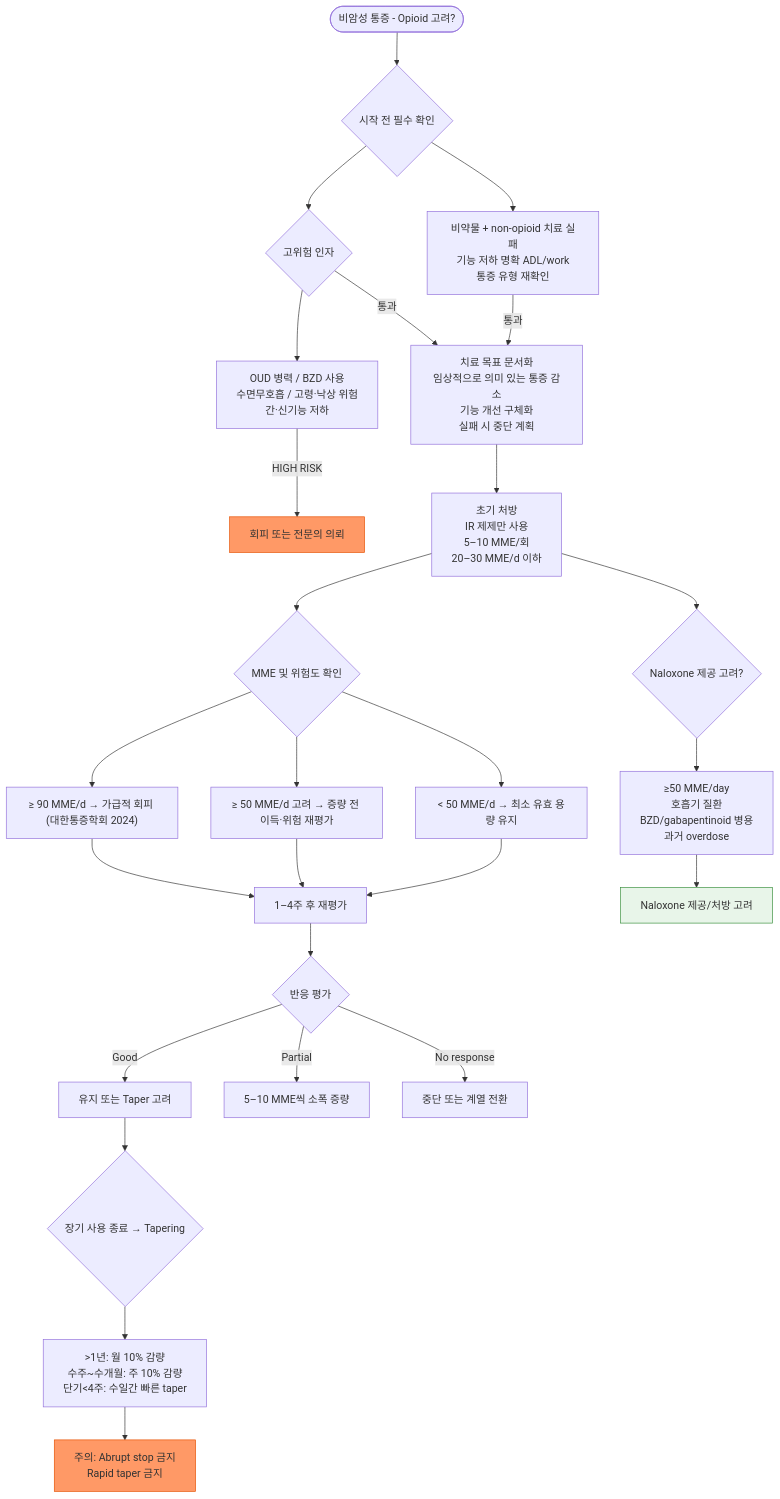
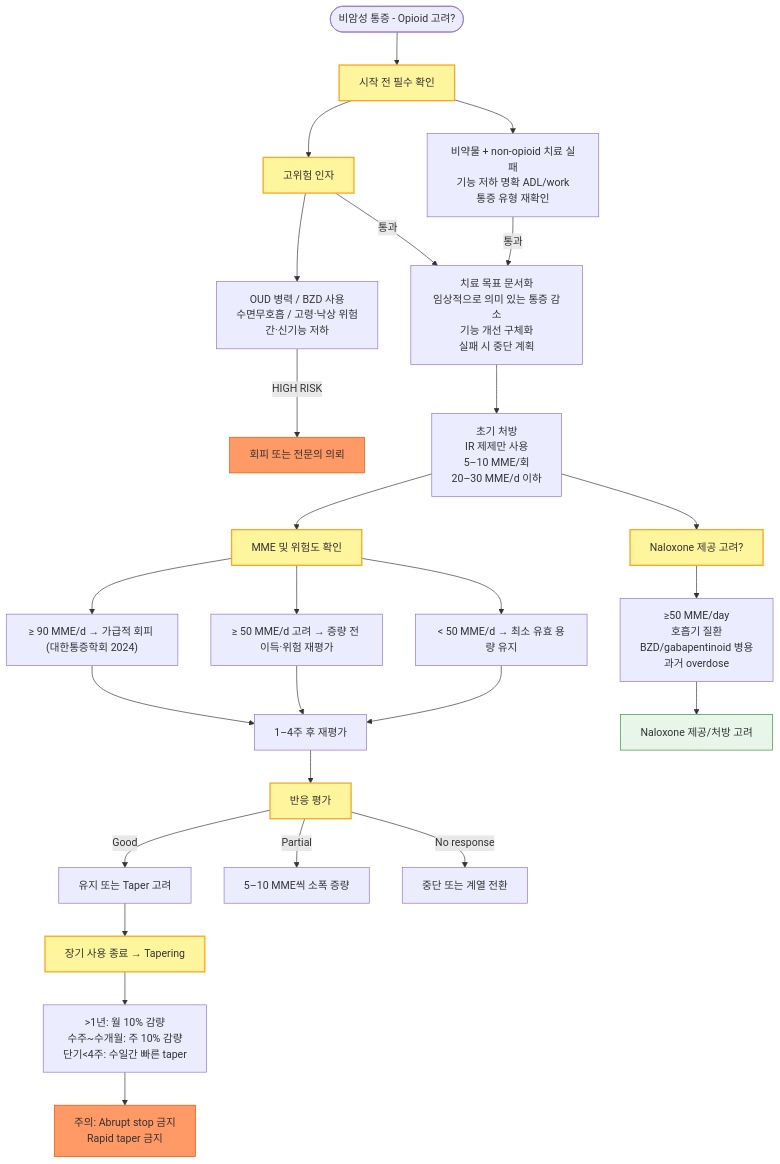
Before and after one commit to familyoh77/familyoh77: the second of 2 diagrams in 220_/001_-pain.md, drawn with Mermaid. The commit also changed other lines of this file, not shown here.

````diff
--- a/220_/001_-pain.md
+++ b/220_/001_-pain.md
@@ -152,28 +174,34 @@
 ```mermaid
 flowchart TD
-    A([비암성 통증 - Opioid 고려?]) --> B{시작 전 필수 확인}
+    A([비암성 통증 - Opioid 고려?]) --> B[시작 전 필수 확인]
     B --> B1[비약물 + non-opioid 치료 실패\n기능 저하 명확 ADL/work\n통증 유형 재확인]
-    B --> B2{고위험 인자}
+    B --> B2[고위험 인자]
     B2 --> BH[OUD 병력 / BZD 사용\n수면무호흡 / 고령·낙상 위험\n간·신기능 저하]
     BH -->|HIGH RISK| C[회피 또는 전문의 의뢰]
     B1 & B2 -->|통과| D[치료 목표 문서화\n임상적으로 의미 있는 통증 감소\n기능 개선 구체화\n실패 시 중단 계획]
     D --> E[초기 처방\nIR 제제만 사용\n5–10 MME/회\n20–30 MME/d 이하]
-    E --> F{MME 및 위험도 확인}
+    E --> F[MME 및 위험도 확인]
     F --> F1["&lt; 50 MME/d → 최소 유효 용량 유지"]
     F --> F2["≥ 50 MME/d 고려 → 증량 전 이득·위험 재평가"]
     F --> F3["≥ 90 MME/d → 가급적 회피 (대한통증학회 2024)"]
     F1 & F2 & F3 --> G[1–4주 후 재평가]
-    G --> H{반응 평가}
+    G --> H[반응 평가]
     H -->|Good| I[유지 또는 Taper 고려]
     H -->|Partial| J[5–10 MME씩 소폭 증량]
     H -->|No response| K[중단 또는 계열 전환]
-    E --> L{Naloxone 제공 고려?}
+    E --> L[Naloxone 제공 고려?]
     L --> L1[≥50 MME/day\n호흡기 질환\nBZD/gabapentinoid 병용\n과거 overdose]
     L1 --> M[Naloxone 제공/처방 고려]
-    I --> N{장기 사용 종료 → Tapering}
+    I --> N[장기 사용 종료 → Tapering]
     N --> N1[">1년: 월 10% 감량\n수주~수개월: 주 10% 감량\n단기&lt;4주: 수일간 빠른 taper"]
     N1 --> O[주의: Abrupt stop 금지\n Rapid taper 금지]
     style C fill:#f96,stroke:#e65100
     style O fill:#f96,stroke:#e65100
     style M fill:#e8f5e9,stroke:#388e3c
+    style B fill:#fff59d,stroke:#f9a825,stroke-width:2px
+    style B2 fill:#fff59d,stroke:#f9a825,stroke-width:2px
+    style F fill:#fff59d,stroke:#f9a825,stroke-width:2px
+    style H fill:#fff59d,stroke:#f9a825,stroke-width:2px
+    style L fill:#fff59d,stroke:#f9a825,stroke-width:2px
+    style N fill:#fff59d,stroke:#f9a825,stroke-width:2px
 ```
````
